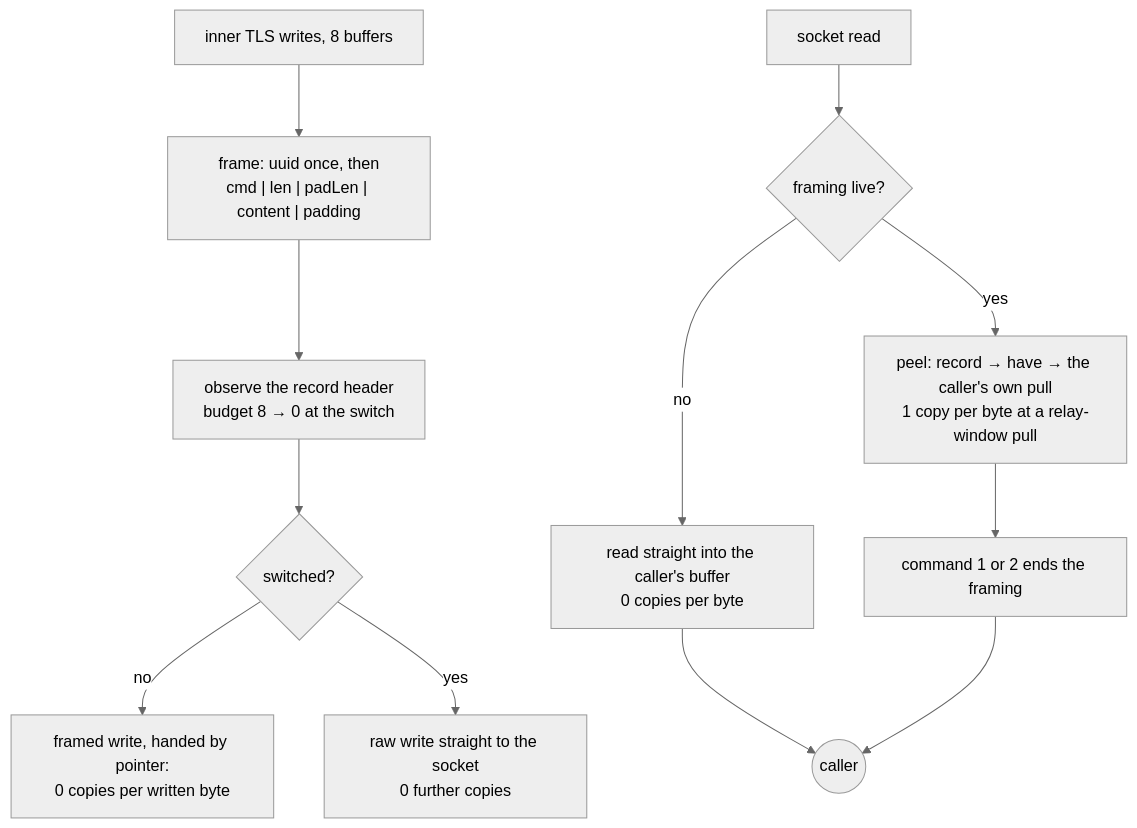
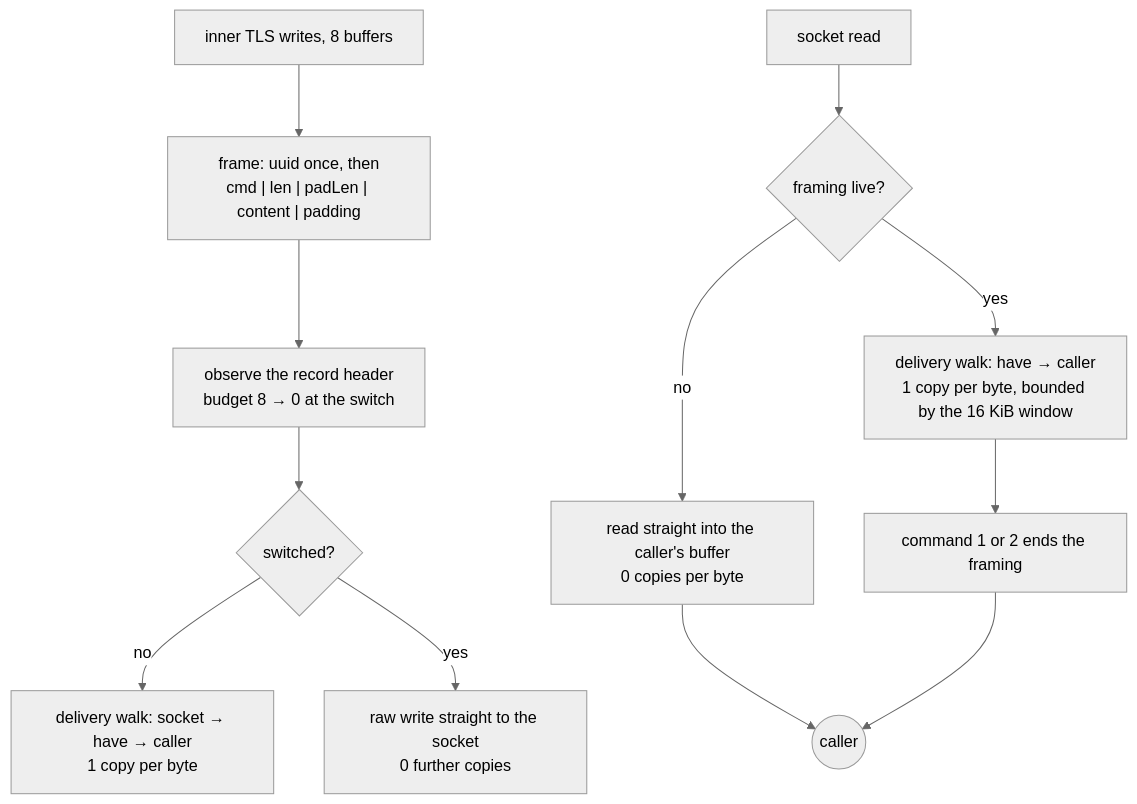
Before and after one commit to Ferrocite/ferrox: the diagram in docs/function/xtls-vision.md, drawn with Mermaid (neutral theme). The commit also changed other lines of this file and 2 other files, not shown here.

First line of the commit message:
vision: the framed read passes the window straight to the caller

````diff
--- a/docs/function/xtls-vision.md
+++ b/docs/function/xtls-vision.md
@@ -11,14 +11,14 @@
 ```mermaid
 graph TD
     W1["inner TLS writes, 8 buffers"] --> W2["frame: uuid once, then<br/>cmd | len | padLen | content | padding"]
     W2 --> W3["observe the record header<br/>budget 8 → 0 at the switch"]
     W3 --> W4{"switched?"}
-    W4 -- no --> W5["framed write, handed by pointer:<br/>0 copies per written byte"]
+    W4 -- no --> W5["delivery walk: socket → have → caller<br/>1 copy per byte"]
     W4 -- yes --> W6["raw write straight to the socket<br/>0 further copies"]
     R1["socket read"] --> R2{"framing live?"}
-    R2 -- yes --> R3["peel: record → have → the caller's own pull<br/>1 copy per byte at a relay-window pull"]
+    R2 -- yes --> R3["delivery walk: have → caller<br/>1 copy per byte, bounded by the 16 KiB window"]
     R2 -- no --> R4["read straight into the caller's buffer<br/>0 copies per byte"]
     R3 --> R5["command 1 or 2 ends the framing"]
     R4 --> R6(("caller"))
     R5 --> R6
 ```
````
